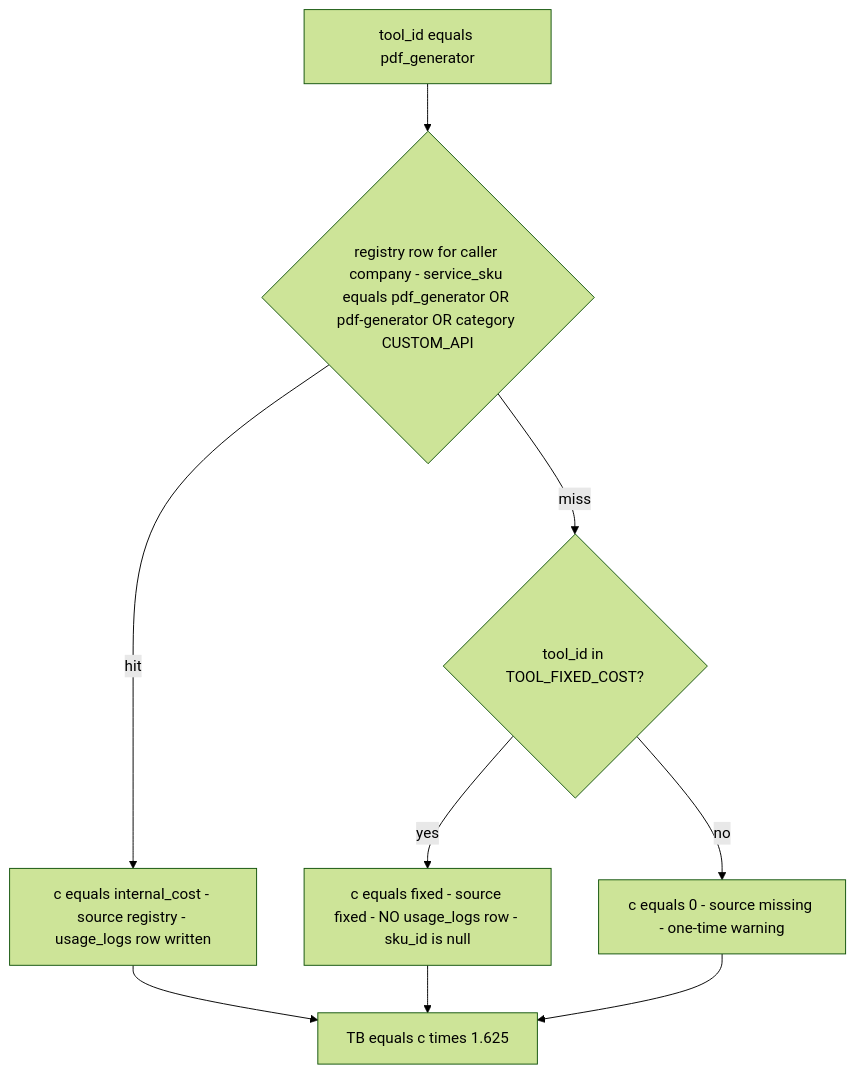
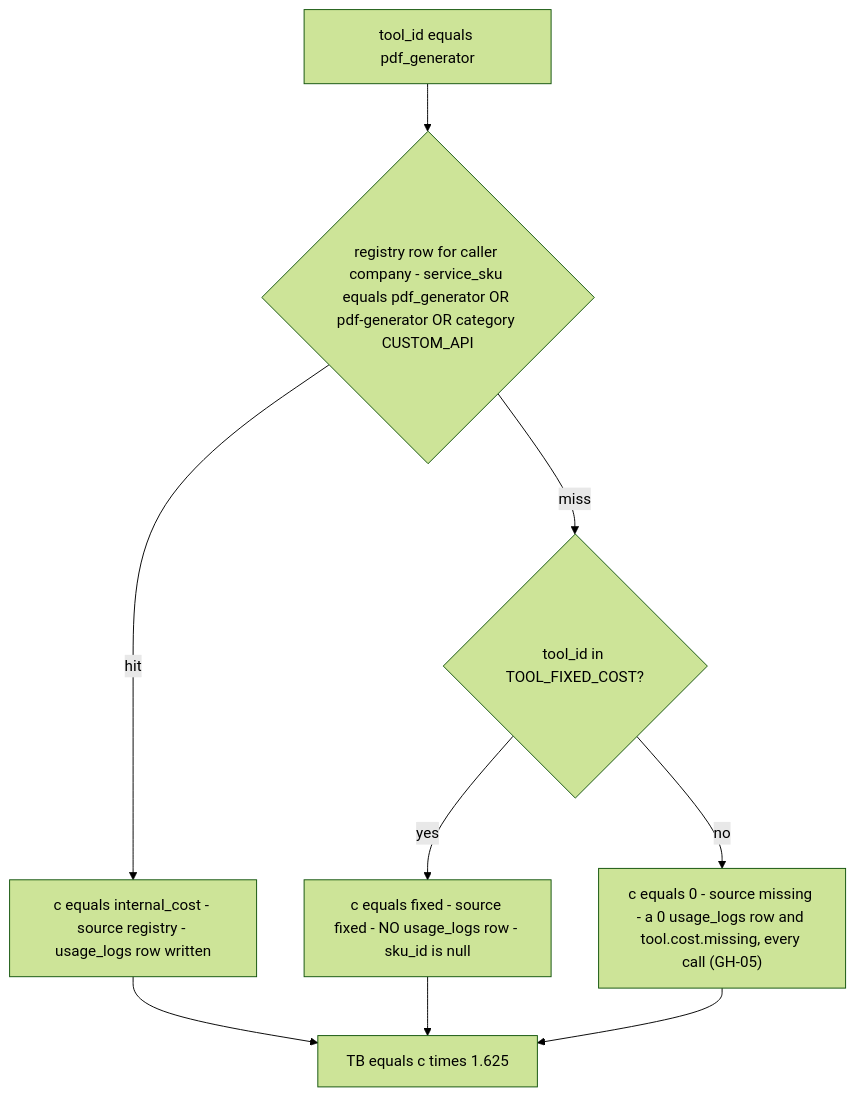
One commit to gondolerahul/hire-buddha-app changed diagram 11 of 25 in docs/current/14-billing-and-credits.md. Above: the diagram before and after it, drawn with Mermaid (forest theme). The commit also changed 9 other files, not shown here.

````diff
--- a/docs/current/14-billing-and-credits.md
+++ b/docs/current/14-billing-and-credits.md
@@ -619,11 +619,11 @@
 ```mermaid
 flowchart TD
     A["tool_id equals pdf_generator"] --> B{"registry row for caller company - service_sku equals pdf_generator OR pdf-generator OR category CUSTOM_API"}
     B -->|hit| C["c equals internal_cost - source registry - usage_logs row written"]
     B -->|miss| D{"tool_id in TOOL_FIXED_COST?"}
     D -->|yes| E["c equals fixed - source fixed - NO usage_logs row - sku_id is null"]
-    D -->|no| F["c equals 0 - source missing - one-time warning"]
+    D -->|no| F["c equals 0 - source missing - a 0 usage_logs row and tool.cost.missing, every call (GH-05)"]
     C --> G["TB equals c times 1.625"]
     E --> G
     F --> G
 ```
````
